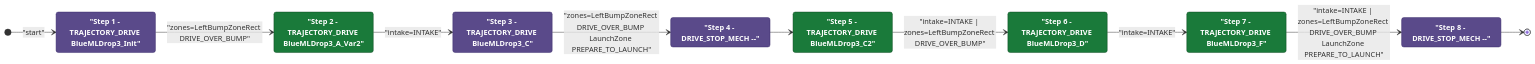
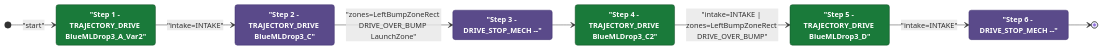
One commit to Team302/2026Rebuilt changed the diagram in documents/auton/BlueBDepKeep3NDepNOutScoreNCliInvert.md. Above: the diagram before and after it, drawn with Mermaid. The commit also changed other lines of this file and 131 other files, not shown here.

First line of the commit message:
docs(auton): regenerate Mermaid diagrams [skip ci]

````diff
--- a/documents/auton/BlueBDepKeep3NDepNOutScoreNCliInvert.md
+++ b/documents/auton/BlueBDepKeep3NDepNOutScoreNCliInvert.md
@@ -8,36 +8,30 @@
 ```mermaid
 stateDiagram-v2
     direction LR
 
     %% Green = intake active, Purple = intake off
     classDef intake  fill:#1a7a3a,color:#ffffff,stroke:#0d4a1f,font-weight:bold
     classDef noIntake fill:#5a4a8a,color:#ffffff,stroke:#3a2a6a,font-weight:bold
 
-    Step1 : "Step 1 - TRAJECTORY_DRIVE BlueMLDrop3_Init"
-    Step2 : "Step 2 - TRAJECTORY_DRIVE BlueMLDrop3_A_Var2"
-    Step3 : "Step 3 - TRAJECTORY_DRIVE BlueMLDrop3_C"
-    Step4 : "Step 4 - DRIVE_STOP_MECH --"
-    Step5 : "Step 5 - TRAJECTORY_DRIVE BlueMLDrop3_C2"
-    Step6 : "Step 6 - TRAJECTORY_DRIVE BlueMLDrop3_D"
-    Step7 : "Step 7 - TRAJECTORY_DRIVE BlueMLDrop3_F"
-    Step8 : "Step 8 - DRIVE_STOP_MECH --"
+    Step1 : "Step 1 - TRAJECTORY_DRIVE BlueMLDrop3_A_Var2"
+    Step2 : "Step 2 - TRAJECTORY_DRIVE BlueMLDrop3_C"
+    Step3 : "Step 3 - DRIVE_STOP_MECH --"
+    Step4 : "Step 4 - TRAJECTORY_DRIVE BlueMLDrop3_C2"
+    Step5 : "Step 5 - TRAJECTORY_DRIVE BlueMLDrop3_D"
+    Step6 : "Step 6 - DRIVE_STOP_MECH --"
 
-    class Step1 noIntake
-    class Step2 intake
+    class Step1 intake
+    class Step2 noIntake
     class Step3 noIntake
-    class Step4 noIntake
+    class Step4 intake
     class Step5 intake
-    class Step6 intake
-    class Step7 intake
-    class Step8 noIntake
+    class Step6 noIntake
 
     [*] --> Step1 : "start"
-    Step1 --> Step2: "zones=LeftBumpZoneRect DRIVE_OVER_BUMP"
-    Step2 --> Step3: "intake=INTAKE"
-    Step3 --> Step4: "zones=LeftBumpZoneRect DRIVE_OVER_BUMP LaunchZone PREPARE_TO_LAUNCH"
-    Step4 --> Step5
-    Step5 --> Step6: "intake=INTAKE | zones=LeftBumpZoneRect DRIVE_OVER_BUMP"
-    Step6 --> Step7: "intake=INTAKE"
-    Step7 --> Step8: "intake=INTAKE | zones=LeftBumpZoneRect DRIVE_OVER_BUMP LaunchZone PREPARE_TO_LAUNCH"
-    Step8 --> [*]
+    Step1 --> Step2: "intake=INTAKE"
+    Step2 --> Step3: "zones=LeftBumpZoneRect DRIVE_OVER_BUMP LaunchZone"
+    Step3 --> Step4
+    Step4 --> Step5: "intake=INTAKE | zones=LeftBumpZoneRect DRIVE_OVER_BUMP"
+    Step5 --> Step6: "intake=INTAKE"
+    Step6 --> [*]
 ```
````
